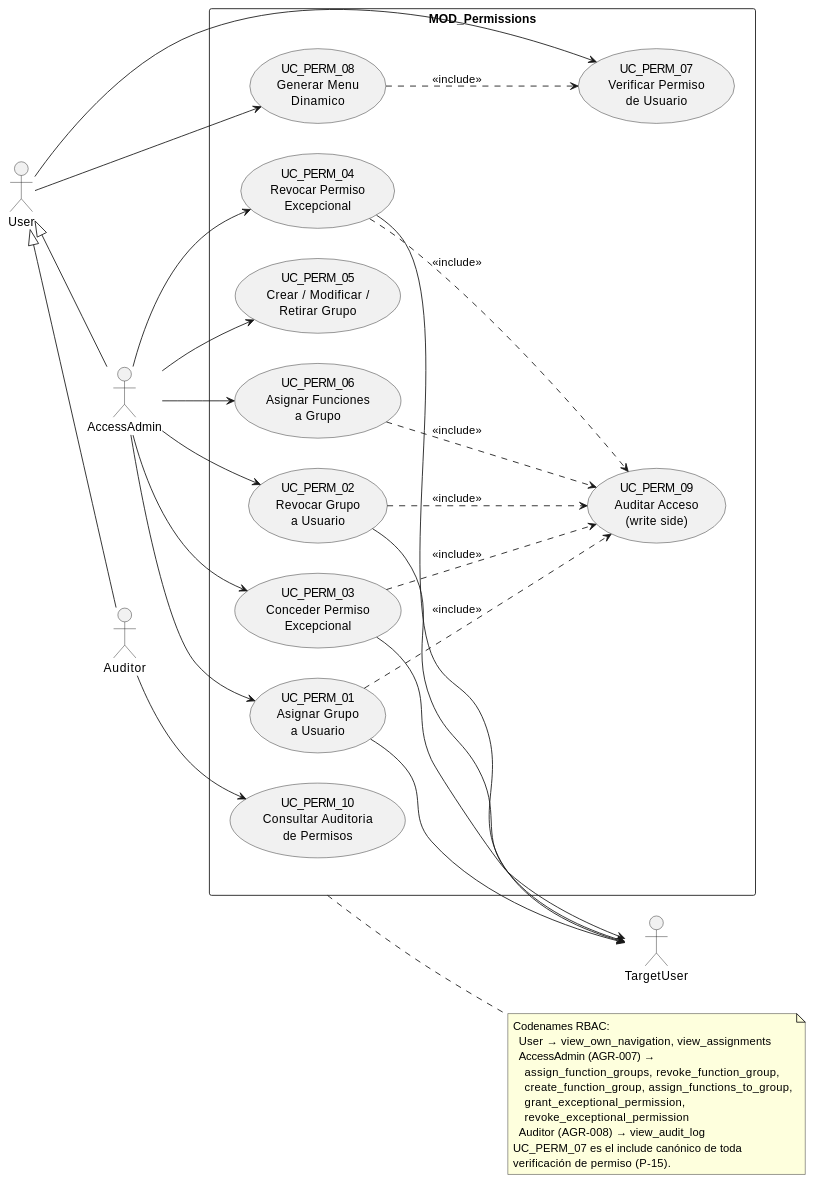
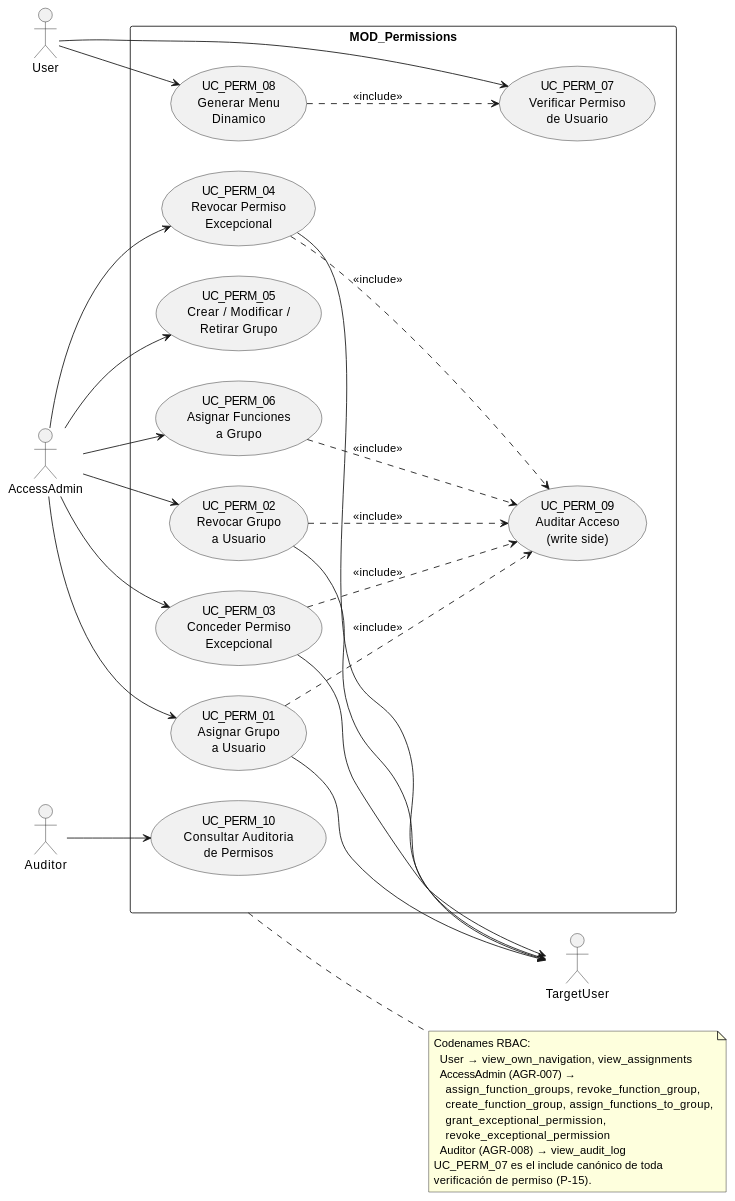
One commit to jcg-admin/IACT-docs changed the diagram in source/arquitectura-tecnica/use-case-view/permissions/index.rst. Above: the diagram before and after it, drawn with PlantUML. The commit also changed 22 other files, not shown here.

```diff
--- a/source/arquitectura-tecnica/use-case-view/permissions/index.rst
+++ b/source/arquitectura-tecnica/use-case-view/permissions/index.rst
@@ -23,66 +23,63 @@
 .. uml::
  :caption: MOD_Permissions — AccessAdmin gestiona;
            User autenticado consume verificación y menú.
 
  @startuml
  left to right direction
 
  actor User
  actor AccessAdmin
  actor Auditor
 
  actor TargetUser
- User <|-- AccessAdmin
- User <|-- Auditor
 
  rectangle "MOD_Permissions" {
    usecase "UC_PERM_01\nAsignar Grupo\na Usuario" as ASIGNAR_GRUPO
    usecase "UC_PERM_02\nRevocar Grupo\na Usuario" as REVOCAR_GRUPO
    usecase "UC_PERM_03\nConceder Permiso\nExcepcional" as CONCEDER_PERMISO_EXCEPCIONAL
    usecase "UC_PERM_04\nRevocar Permiso\nExcepcional" as REVOCAR_PERMISO_EXCEPCIONAL
    usecase "UC_PERM_05\nCrear / Modificar /\nRetirar Grupo" as GESTIONAR_GRUPO_ACCESO
    usecase "UC_PERM_06\nAsignar Funciones\na Grupo" as ASIGNAR_FUNCIONES_GRUPO
    usecase "UC_PERM_07\nVerificar Permiso\nde Usuario" as VERIFICAR_PERMISO_USUARIO
    usecase "UC_PERM_08\nGenerar Menu\nDinamico" as GENERAR_MENU_DINAMICO
    usecase "UC_PERM_09\nAuditar Acceso\n(write side)" as AUDITAR_ACCESO
    usecase "UC_PERM_10\nConsultar Auditoria\nde Permisos" as AUDITORIA_ACCESO
  }
 
  User --> GENERAR_MENU_DINAMICO
  User --> VERIFICAR_PERMISO_USUARIO
 
  AccessAdmin --> ASIGNAR_GRUPO
  AccessAdmin --> REVOCAR_GRUPO
  AccessAdmin --> CONCEDER_PERMISO_EXCEPCIONAL
  AccessAdmin --> REVOCAR_PERMISO_EXCEPCIONAL
  AccessAdmin --> GESTIONAR_GRUPO_ACCESO
  AccessAdmin --> ASIGNAR_FUNCIONES_GRUPO
 
  Auditor --> AUDITORIA_ACCESO
 
  ASIGNAR_GRUPO ..> AUDITAR_ACCESO : <<include>>
  REVOCAR_GRUPO ..> AUDITAR_ACCESO : <<include>>
  CONCEDER_PERMISO_EXCEPCIONAL ..> AUDITAR_ACCESO : <<include>>
  REVOCAR_PERMISO_EXCEPCIONAL ..> AUDITAR_ACCESO : <<include>>
  ASIGNAR_FUNCIONES_GRUPO ..> AUDITAR_ACCESO : <<include>>
  GENERAR_MENU_DINAMICO ..> VERIFICAR_PERMISO_USUARIO : <<include>>
  ASIGNAR_GRUPO --> TargetUser
  REVOCAR_GRUPO --> TargetUser
  CONCEDER_PERMISO_EXCEPCIONAL --> TargetUser
  REVOCAR_PERMISO_EXCEPCIONAL --> TargetUser
 
-
  note right of MOD_Permissions
    Codenames RBAC:
      User → view_own_navigation, view_assignments
      AccessAdmin (AGR-007) →
        assign_function_groups, revoke_function_group,
        create_function_group, assign_functions_to_group,
        grant_exceptional_permission,
        revoke_exceptional_permission
      Auditor (AGR-008) → view_audit_log
    UC_PERM_07 es el include canónico de toda
    verificación de permiso (P-15).
  end note
 
  @enduml
```
